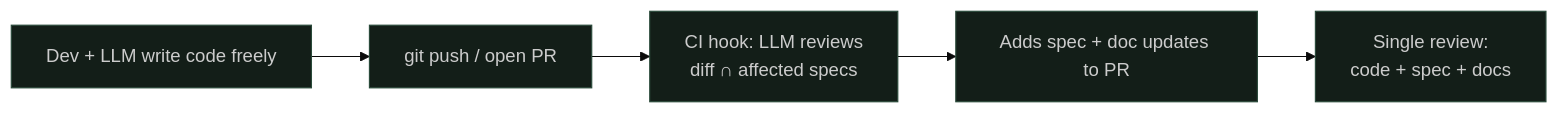
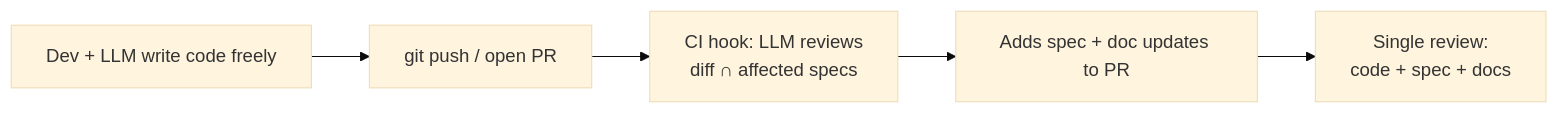
Before and after one commit to davidroeca/NotarAI: the eighth of 13 diagrams in docs-site/src/content/docs/background/design-diagrams.md, drawn with Mermaid (base theme). The commit also changed other lines of this file and 12 other files, not shown here.

First line of the commit message:
Update docs site - mermaid rendering

````diff
--- a/docs-site/src/content/docs/background/design-diagrams.md
+++ b/docs-site/src/content/docs/background/design-diagrams.md
@@ -226,13 +183,7 @@
 ```mermaid
 flowchart LR
     B1["Dev + LLM write code freely"] --> B2["git push / open PR"]
     B2 --> B3["CI hook: LLM reviews<br/>diff ∩ affected specs"]
     B3 --> B4["Adds spec + doc updates to PR"]
     B4 --> B5["Single review:<br/>code + spec + docs"]
-
-    style B1 fill:#131e18,stroke:#2a4a3a,color:#ccc
-    style B2 fill:#131e18,stroke:#2a4a3a,color:#ccc
-    style B3 fill:#131e18,stroke:#2a4a3a,color:#ccc
-    style B4 fill:#131e18,stroke:#2a4a3a,color:#ccc
-    style B5 fill:#131e18,stroke:#2a4a3a,color:#ccc
 ```
````
